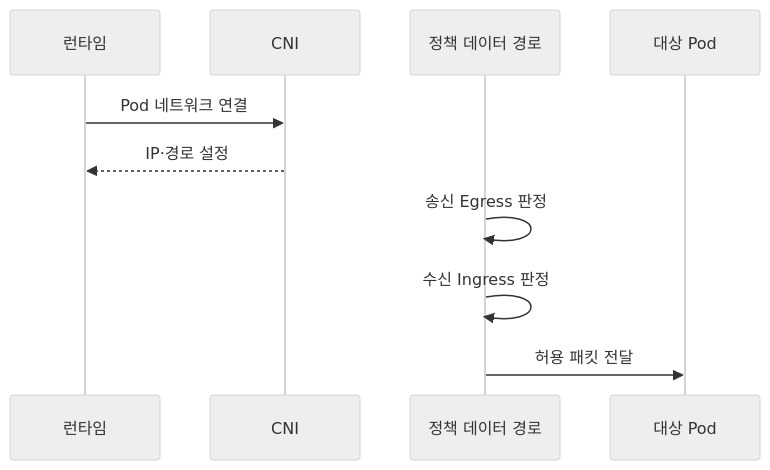
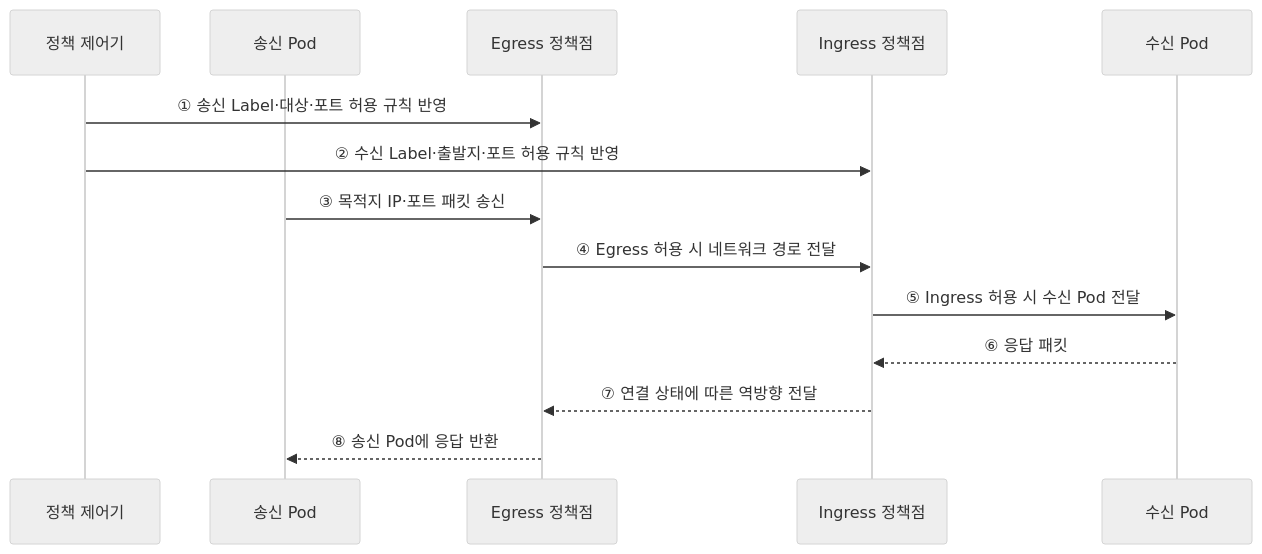
The second of 2 diagrams in src/content/docs/notes/03-software/156_kubernetes_networkpolicy_cni.md (agnusdei1207/knowledge-base), drawn with Mermaid (neutral theme) before and after one commit. The commit also changed other lines of this file and 20 other files, not shown here.

````diff
--- a/src/content/docs/notes/03-software/156_kubernetes_networkpolicy_cni.md
+++ b/src/content/docs/notes/03-software/156_kubernetes_networkpolicy_cni.md
@@ -77,12 +70,16 @@
 ```mermaid
 sequenceDiagram
-    participant R as 런타임
-    participant C as CNI
-    participant D as 정책 데이터 경로
-    participant P as 대상 Pod
-    R->>C: Pod 네트워크 연결
-    C-->>R: IP·경로 설정
-    D->>D: 송신 Egress 판정
-    D->>D: 수신 Ingress 판정
-    D->>P: 허용 패킷 전달
+    participant C as 정책 제어기
+    participant S as 송신 Pod
+    participant E as Egress 정책점
+    participant I as Ingress 정책점
+    participant D as 수신 Pod
+    C->>E: ① 송신 Label·대상·포트 허용 규칙 반영
+    C->>I: ② 수신 Label·출발지·포트 허용 규칙 반영
+    S->>E: ③ 목적지 IP·포트 패킷 송신
+    E->>I: ④ Egress 허용 시 네트워크 경로 전달
+    I->>D: ⑤ Ingress 허용 시 수신 Pod 전달
+    D-->>I: ⑥ 응답 패킷
+    I-->>E: ⑦ 연결 상태에 따른 역방향 전달
+    E-->>S: ⑧ 송신 Pod에 응답 반환
 ```
````
